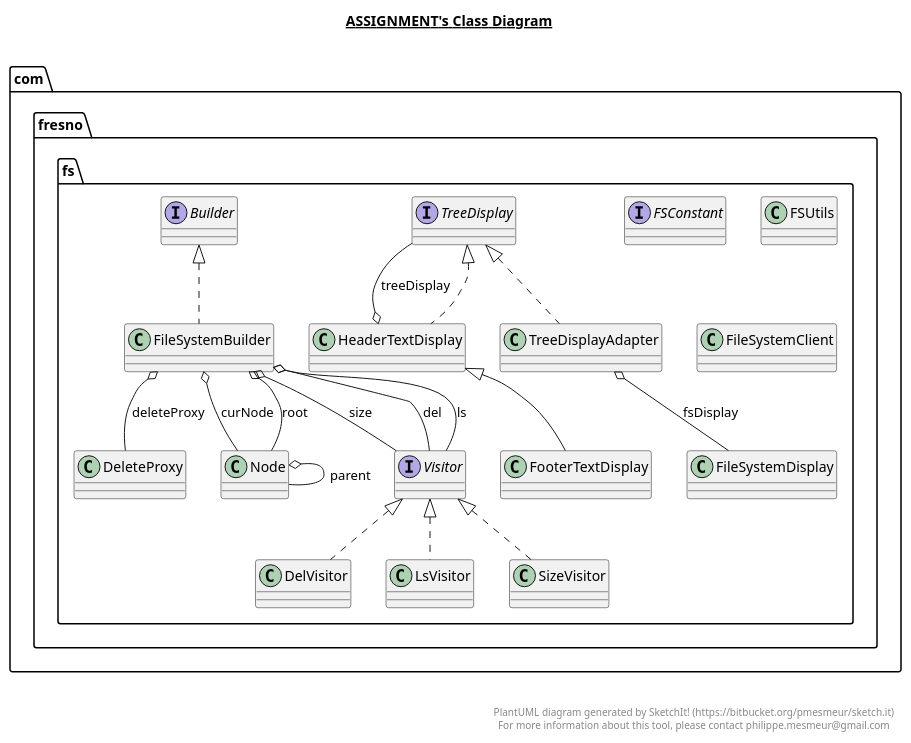
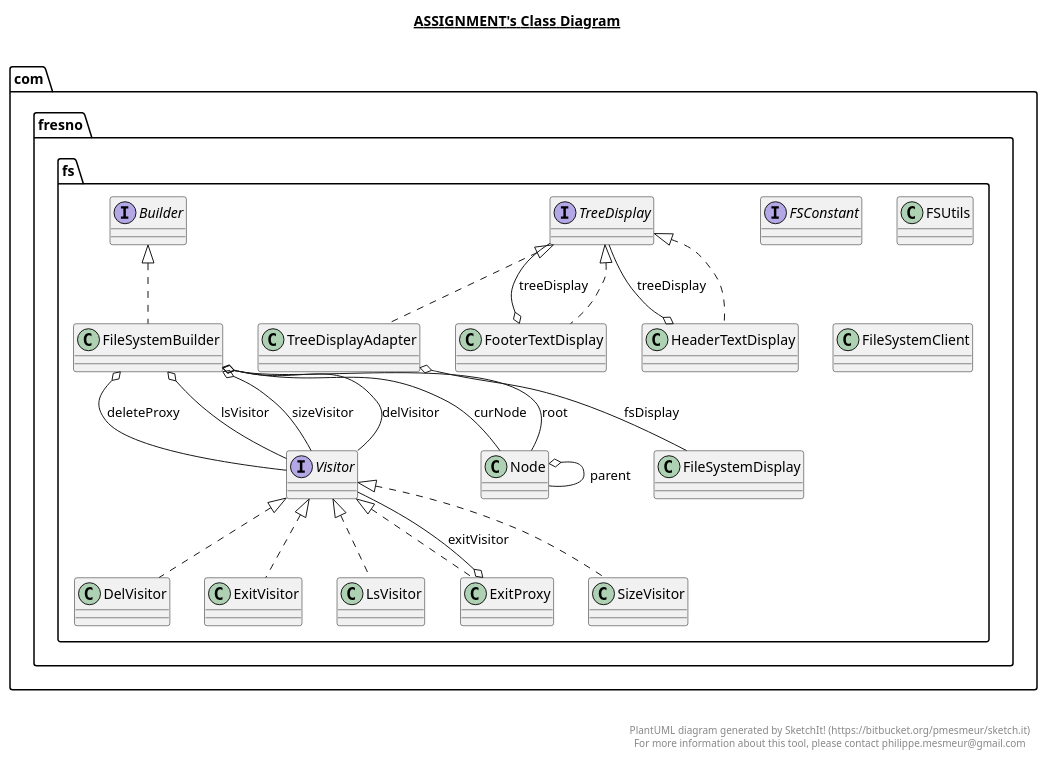
Before and after one commit to qwang6/assignment: the diagram in assignment.plantuml, drawn with PlantUML. The commit also changed 27 other files, not shown here.

```diff
--- a/assignment.plantuml
+++ b/assignment.plantuml
@@ -1,126 +1,136 @@
 @startuml
 
 title __ASSIGNMENT's Class Diagram__\n
-
-  namespace com.fresno.fs {
-    interface com.fresno.fs.Visitor {
-    }
-  }
-  
 
   namespace com.fresno.fs {
     interface com.fresno.fs.Builder {
     }
   }
   
 
   namespace com.fresno.fs {
     class com.fresno.fs.DelVisitor {
     }
   }
   
 
   namespace com.fresno.fs {
-    class com.fresno.fs.DeleteProxy {
+    class com.fresno.fs.ExitProxy {
+    }
+  }
+  
+
+  namespace com.fresno.fs {
+    class com.fresno.fs.ExitVisitor {
     }
   }
   
 
   namespace com.fresno.fs {
     interface com.fresno.fs.FSConstant {
     }
   }
   
 
   namespace com.fresno.fs {
     class com.fresno.fs.FSUtils {
     }
   }
   
 
   namespace com.fresno.fs {
     class com.fresno.fs.FileSystemBuilder {
     }
   }
   
 
   namespace com.fresno.fs {
     class com.fresno.fs.FileSystemClient {
     }
   }
   
 
   namespace com.fresno.fs {
     class com.fresno.fs.FileSystemDisplay {
     }
   }
   
 
   namespace com.fresno.fs {
     class com.fresno.fs.FooterTextDisplay {
     }
   }
   
 
   namespace com.fresno.fs {
     class com.fresno.fs.HeaderTextDisplay {
     }
   }
   
 
   namespace com.fresno.fs {
     class com.fresno.fs.LsVisitor {
     }
   }
   
 
   namespace com.fresno.fs {
     class com.fresno.fs.Node {
     }
   }
   
 
   namespace com.fresno.fs {
     class com.fresno.fs.SizeVisitor {
     }
   }
   
 
   namespace com.fresno.fs {
     interface com.fresno.fs.TreeDisplay {
     }
   }
   
 
   namespace com.fresno.fs {
     class com.fresno.fs.TreeDisplayAdapter {
     }
   }
   
 
+  namespace com.fresno.fs {
+    interface com.fresno.fs.Visitor {
+    }
+  }
+  
+
   com.fresno.fs.DelVisitor .up.|> com.fresno.fs.Visitor
+  com.fresno.fs.ExitProxy .up.|> com.fresno.fs.Visitor
+  com.fresno.fs.ExitProxy o-- com.fresno.fs.Visitor : exitVisitor
+  com.fresno.fs.ExitVisitor .up.|> com.fresno.fs.Visitor
   com.fresno.fs.FileSystemBuilder .up.|> com.fresno.fs.Builder
   com.fresno.fs.FileSystemBuilder o-- com.fresno.fs.Node : curNode
-  com.fresno.fs.FileSystemBuilder o-- com.fresno.fs.Visitor : del
-  com.fresno.fs.FileSystemBuilder o-- com.fresno.fs.DeleteProxy : deleteProxy
-  com.fresno.fs.FileSystemBuilder o-- com.fresno.fs.Visitor : ls
+  com.fresno.fs.FileSystemBuilder o-- com.fresno.fs.Visitor : delVisitor
+  com.fresno.fs.FileSystemBuilder o-- com.fresno.fs.Visitor : deleteProxy
+  com.fresno.fs.FileSystemBuilder o-- com.fresno.fs.Visitor : lsVisitor
   com.fresno.fs.FileSystemBuilder o-- com.fresno.fs.Node : root
-  com.fresno.fs.FileSystemBuilder o-- com.fresno.fs.Visitor : size
-  com.fresno.fs.FooterTextDisplay -up-|> com.fresno.fs.HeaderTextDisplay
+  com.fresno.fs.FileSystemBuilder o-- com.fresno.fs.Visitor : sizeVisitor
+  com.fresno.fs.FooterTextDisplay .up.|> com.fresno.fs.TreeDisplay
+  com.fresno.fs.FooterTextDisplay o-- com.fresno.fs.TreeDisplay : treeDisplay
   com.fresno.fs.HeaderTextDisplay .up.|> com.fresno.fs.TreeDisplay
   com.fresno.fs.HeaderTextDisplay o-- com.fresno.fs.TreeDisplay : treeDisplay
   com.fresno.fs.LsVisitor .up.|> com.fresno.fs.Visitor
   com.fresno.fs.Node o-- com.fresno.fs.Node : parent
   com.fresno.fs.SizeVisitor .up.|> com.fresno.fs.Visitor
   com.fresno.fs.TreeDisplayAdapter .up.|> com.fresno.fs.TreeDisplay
   com.fresno.fs.TreeDisplayAdapter o-- com.fresno.fs.FileSystemDisplay : fsDisplay
 
 
 right footer
 
 
 PlantUML diagram generated by SketchIt! (https://bitbucket.org/pmesmeur/sketch.it)
 For more information about this tool, please contact philippe.mesmeur@gmail.com
 endfooter
 
 @enduml
```
